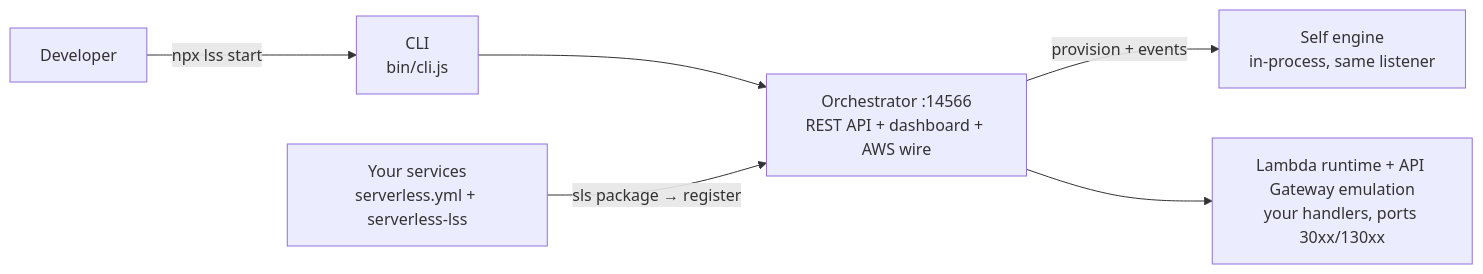
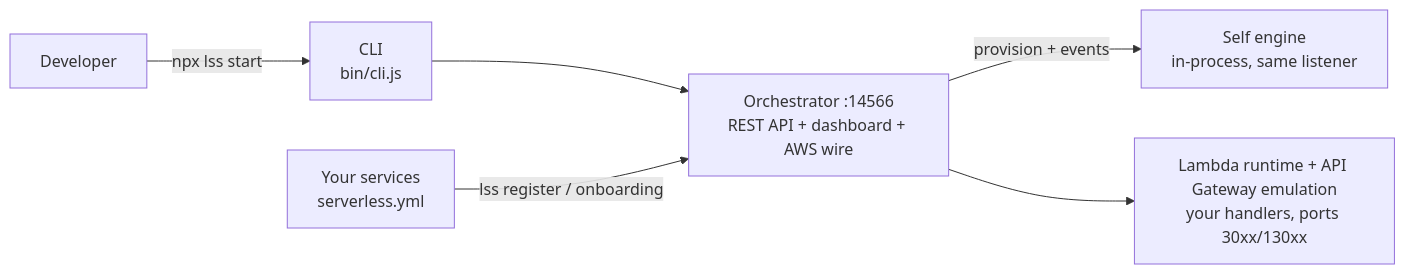
The first of 4 diagrams in README.md (Viserion77/local-serverless-stack), drawn with Mermaid before and after one commit. The commit also changed other lines of this file and 76 other files, not shown here.

First line of the commit message:
refactor: remove serverless-lss plugin references and update service registration

````diff
--- a/README.md
+++ b/README.md
@@ -13,8 +13,8 @@
 ```mermaid
 flowchart LR
     DEV[Developer] -->|npx lss start| CLI[CLI<br/>bin/cli.js]
     CLI --> ORCH["Orchestrator :14566<br/>REST API + dashboard + AWS wire"]
-    SVC[Your services<br/>serverless.yml + serverless-lss] -->|sls package → register| ORCH
+    SVC[Your services<br/>serverless.yml] -->|lss register / onboarding| ORCH
     ORCH -->|provision + events| SELF[Self engine<br/>in-process, same listener]
     ORCH --> RT[Lambda runtime + API Gateway emulation<br/>your handlers, ports 30xx/130xx]
 ```
````
